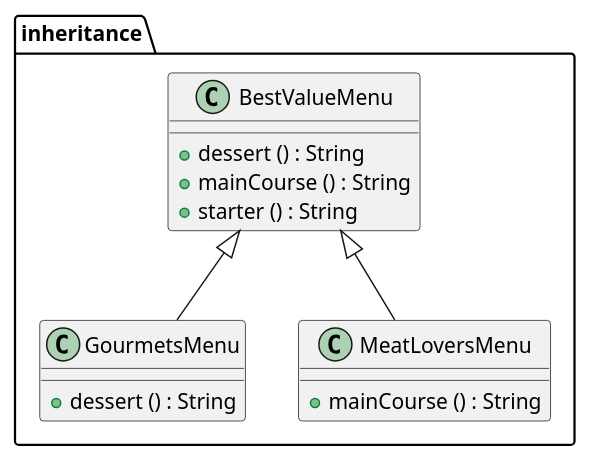
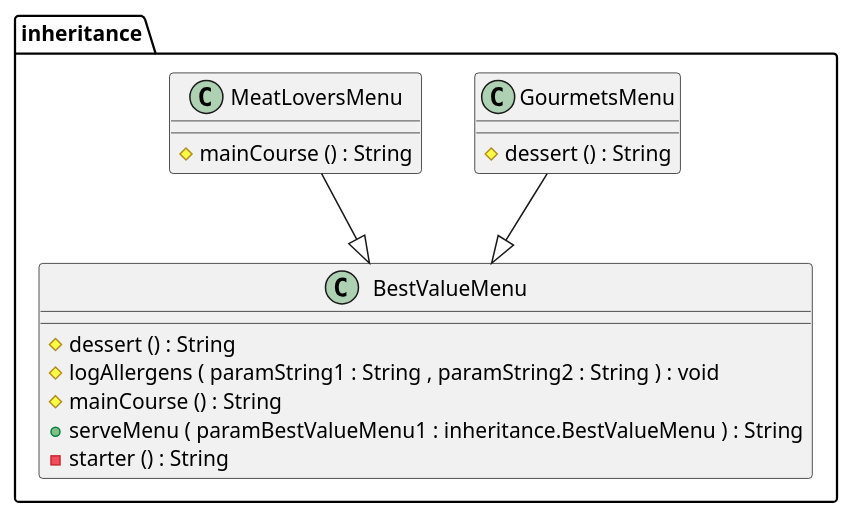
One commit to martinsson/composition-over-inheritance-refactoring-kata changed the diagram in java/inheritance.puml. Above: the diagram before and after it, drawn with PlantUML. The commit also changed 2 other files, not shown here.

```diff
--- a/java/inheritance.puml
+++ b/java/inheritance.puml
@@ -1,26 +1,28 @@
 @startuml
 
 class inheritance.BestValueMenu {
-	{method} +dessert () : String
-	{method} +mainCourse () : String
-	{method} +starter () : String
+	{method} #dessert () : String
+	{method} #logAllergens ( paramString1 : String , paramString2 : String ) : void
+	{method} #mainCourse () : String
+	{method} +serveMenu ( paramBestValueMenu1 : inheritance.BestValueMenu ) : String
+	{method} -starter () : String
 }
 
 
 class inheritance.GourmetsMenu {
-	{method} +dessert () : String
+	{method} #dessert () : String
 }
 
 
 class inheritance.MeatLoversMenu {
-	{method} +mainCourse () : String
+	{method} #mainCourse () : String
 }
 
 
 
 
-inheritance.BestValueMenu <|-- inheritance.GourmetsMenu
-inheritance.BestValueMenu <|-- inheritance.MeatLoversMenu
+inheritance.GourmetsMenu --|>  inheritance.BestValueMenu
+inheritance.MeatLoversMenu --|>  inheritance.BestValueMenu
 
 
 @enduml
```
